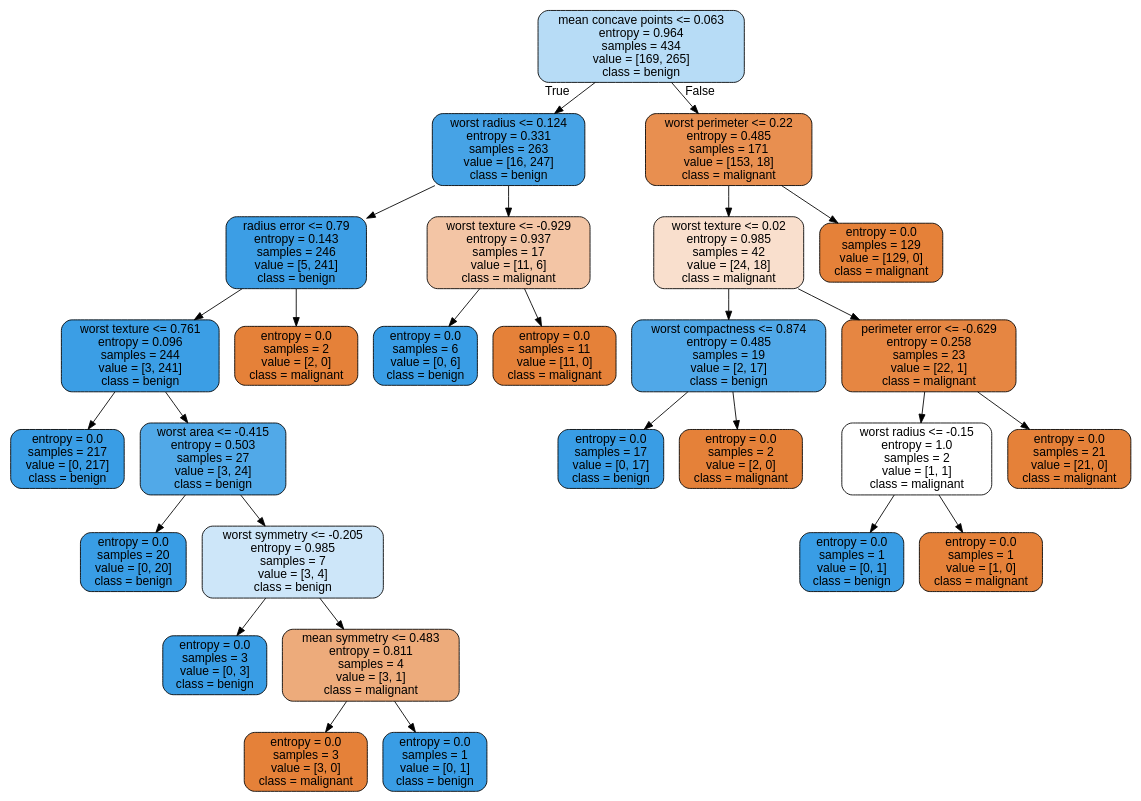
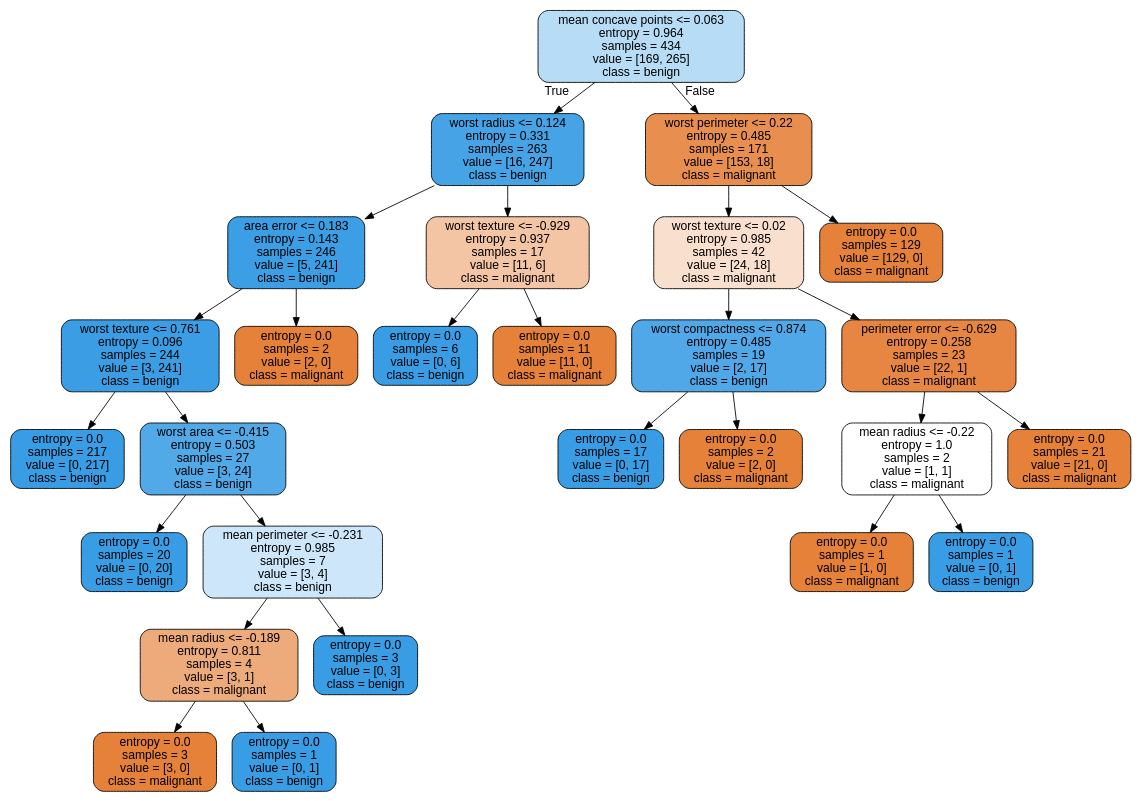
Before and after one commit to ahadimuhsin/credit-card-fraud-detection: the diagram in tree_breast_cancer_enn.dot, drawn with Graphviz. The commit also changed 34 other files, not shown here.

```diff
--- a/tree_breast_cancer_enn.dot
+++ b/tree_breast_cancer_enn.dot
@@ -1,57 +1,57 @@
 digraph Tree {
 node [shape=box, style="filled, rounded", color="black", fontname=helvetica] ;
 edge [fontname=helvetica] ;
 0 [label="mean concave points <= 0.063\nentropy = 0.964\nsamples = 434\nvalue = [169, 265]\nclass = benign", fillcolor="#399de55c"] ;
 1 [label="worst radius <= 0.124\nentropy = 0.331\nsamples = 263\nvalue = [16, 247]\nclass = benign", fillcolor="#399de5ee"] ;
 0 -> 1 [labeldistance=2.5, labelangle=45, headlabel="True"] ;
-2 [label="radius error <= 0.79\nentropy = 0.143\nsamples = 246\nvalue = [5, 241]\nclass = benign", fillcolor="#399de5fa"] ;
+2 [label="area error <= 0.183\nentropy = 0.143\nsamples = 246\nvalue = [5, 241]\nclass = benign", fillcolor="#399de5fa"] ;
 1 -> 2 ;
 3 [label="worst texture <= 0.761\nentropy = 0.096\nsamples = 244\nvalue = [3, 241]\nclass = benign", fillcolor="#399de5fc"] ;
 2 -> 3 ;
 4 [label="entropy = 0.0\nsamples = 217\nvalue = [0, 217]\nclass = benign", fillcolor="#399de5ff"] ;
 3 -> 4 ;
 5 [label="worst area <= -0.415\nentropy = 0.503\nsamples = 27\nvalue = [3, 24]\nclass = benign", fillcolor="#399de5df"] ;
 3 -> 5 ;
 6 [label="entropy = 0.0\nsamples = 20\nvalue = [0, 20]\nclass = benign", fillcolor="#399de5ff"] ;
 5 -> 6 ;
-7 [label="worst symmetry <= -0.205\nentropy = 0.985\nsamples = 7\nvalue = [3, 4]\nclass = benign", fillcolor="#399de540"] ;
+7 [label="mean perimeter <= -0.231\nentropy = 0.985\nsamples = 7\nvalue = [3, 4]\nclass = benign", fillcolor="#399de540"] ;
 5 -> 7 ;
-8 [label="entropy = 0.0\nsamples = 3\nvalue = [0, 3]\nclass = benign", fillcolor="#399de5ff"] ;
+8 [label="mean radius <= -0.189\nentropy = 0.811\nsamples = 4\nvalue = [3, 1]\nclass = malignant", fillcolor="#e58139aa"] ;
 7 -> 8 ;
-9 [label="mean symmetry <= 0.483\nentropy = 0.811\nsamples = 4\nvalue = [3, 1]\nclass = malignant", fillcolor="#e58139aa"] ;
-7 -> 9 ;
-10 [label="entropy = 0.0\nsamples = 3\nvalue = [3, 0]\nclass = malignant", fillcolor="#e58139ff"] ;
-9 -> 10 ;
-11 [label="entropy = 0.0\nsamples = 1\nvalue = [0, 1]\nclass = benign", fillcolor="#399de5ff"] ;
-9 -> 11 ;
+9 [label="entropy = 0.0\nsamples = 3\nvalue = [3, 0]\nclass = malignant", fillcolor="#e58139ff"] ;
+8 -> 9 ;
+10 [label="entropy = 0.0\nsamples = 1\nvalue = [0, 1]\nclass = benign", fillcolor="#399de5ff"] ;
+8 -> 10 ;
+11 [label="entropy = 0.0\nsamples = 3\nvalue = [0, 3]\nclass = benign", fillcolor="#399de5ff"] ;
+7 -> 11 ;
 12 [label="entropy = 0.0\nsamples = 2\nvalue = [2, 0]\nclass = malignant", fillcolor="#e58139ff"] ;
 2 -> 12 ;
 13 [label="worst texture <= -0.929\nentropy = 0.937\nsamples = 17\nvalue = [11, 6]\nclass = malignant", fillcolor="#e5813974"] ;
 1 -> 13 ;
 14 [label="entropy = 0.0\nsamples = 6\nvalue = [0, 6]\nclass = benign", fillcolor="#399de5ff"] ;
 13 -> 14 ;
 15 [label="entropy = 0.0\nsamples = 11\nvalue = [11, 0]\nclass = malignant", fillcolor="#e58139ff"] ;
 13 -> 15 ;
 16 [label="worst perimeter <= 0.22\nentropy = 0.485\nsamples = 171\nvalue = [153, 18]\nclass = malignant", fillcolor="#e58139e1"] ;
 0 -> 16 [labeldistance=2.5, labelangle=-45, headlabel="False"] ;
 17 [label="worst texture <= 0.02\nentropy = 0.985\nsamples = 42\nvalue = [24, 18]\nclass = malignant", fillcolor="#e5813940"] ;
 16 -> 17 ;
 18 [label="worst compactness <= 0.874\nentropy = 0.485\nsamples = 19\nvalue = [2, 17]\nclass = benign", fillcolor="#399de5e1"] ;
 17 -> 18 ;
 19 [label="entropy = 0.0\nsamples = 17\nvalue = [0, 17]\nclass = benign", fillcolor="#399de5ff"] ;
 18 -> 19 ;
 20 [label="entropy = 0.0\nsamples = 2\nvalue = [2, 0]\nclass = malignant", fillcolor="#e58139ff"] ;
 18 -> 20 ;
 21 [label="perimeter error <= -0.629\nentropy = 0.258\nsamples = 23\nvalue = [22, 1]\nclass = malignant", fillcolor="#e58139f3"] ;
 17 -> 21 ;
-22 [label="worst radius <= -0.15\nentropy = 1.0\nsamples = 2\nvalue = [1, 1]\nclass = malignant", fillcolor="#e5813900"] ;
+22 [label="mean radius <= -0.22\nentropy = 1.0\nsamples = 2\nvalue = [1, 1]\nclass = malignant", fillcolor="#e5813900"] ;
 21 -> 22 ;
-23 [label="entropy = 0.0\nsamples = 1\nvalue = [0, 1]\nclass = benign", fillcolor="#399de5ff"] ;
+23 [label="entropy = 0.0\nsamples = 1\nvalue = [1, 0]\nclass = malignant", fillcolor="#e58139ff"] ;
 22 -> 23 ;
-24 [label="entropy = 0.0\nsamples = 1\nvalue = [1, 0]\nclass = malignant", fillcolor="#e58139ff"] ;
+24 [label="entropy = 0.0\nsamples = 1\nvalue = [0, 1]\nclass = benign", fillcolor="#399de5ff"] ;
 22 -> 24 ;
 25 [label="entropy = 0.0\nsamples = 21\nvalue = [21, 0]\nclass = malignant", fillcolor="#e58139ff"] ;
 21 -> 25 ;
 26 [label="entropy = 0.0\nsamples = 129\nvalue = [129, 0]\nclass = malignant", fillcolor="#e58139ff"] ;
 16 -> 26 ;
 }
```
